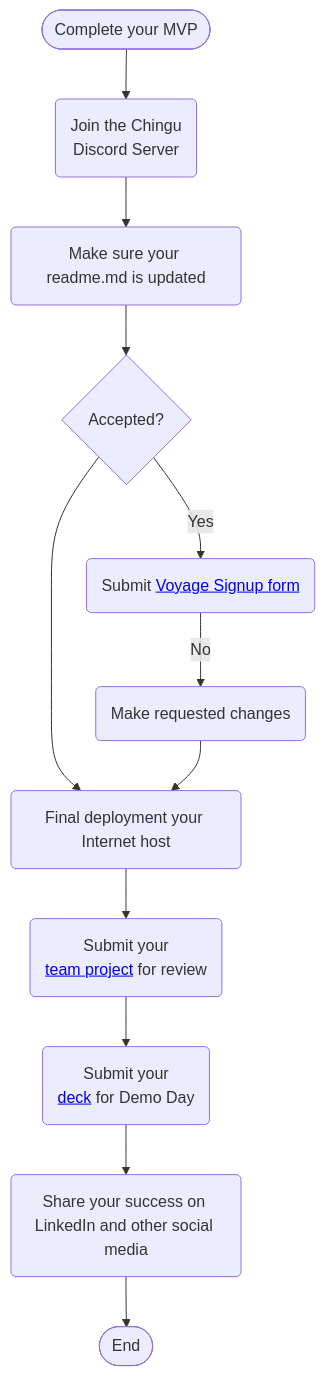
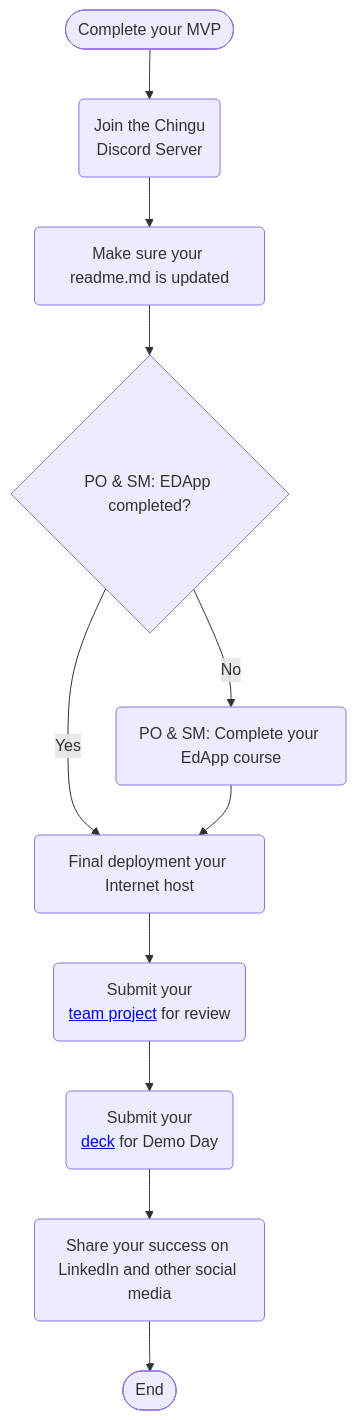
Before and after one commit to chingu-voyages/Handbook: the third of 3 diagrams in docs/guides/voyage/voyage.md, drawn with Mermaid.

Commit message:
Feature: Update voyage closure flowchart

````diff
--- a/docs/guides/voyage/voyage.md
+++ b/docs/guides/voyage/voyage.md
@@ -534,14 +534,13 @@
   ```mermaid
 flowchart TB
    A(["Complete your MVP"]) --> B(Join the Chingu</br>Discord Server);
    B --> C(Make sure your readme.md is updated);
-   C --> D{Accepted?};
-   D -- Yes --> E(Submit <a href='https://forms.gle/dFaNuYWAjARd99qo8' target='_blank'>Voyage Signup form</a>);
-   E -- No --> F(Make requested changes);
-   D --> G(Final deployment your Internet host);
-   F --> G;
-   G --> H(Submit your</br><a href='https://forms.gle/zjc4F3fauDiwiz1H9' target='_blank'>team project</a> for review);
+   C --> D{PO & SM: EDApp completed?};
+   D -- Yes --> E(Final deployment your Internet host);
+   D -- No --> F(PO & SM: Complete your EdApp course);
+   F --> E;
+   E --> H(Submit your</br><a href='https://forms.gle/zjc4F3fauDiwiz1H9' target='_blank'>team project</a> for review);
    H --> I(Submit your</br><a href='https://forms.gle/zjc4F3fauDiwiz1H9' target='_blank'>deck</a> for Demo Day);
    I --> J(Share your success on LinkedIn and other social media);
    J --> Z([End]);
 ```
````
